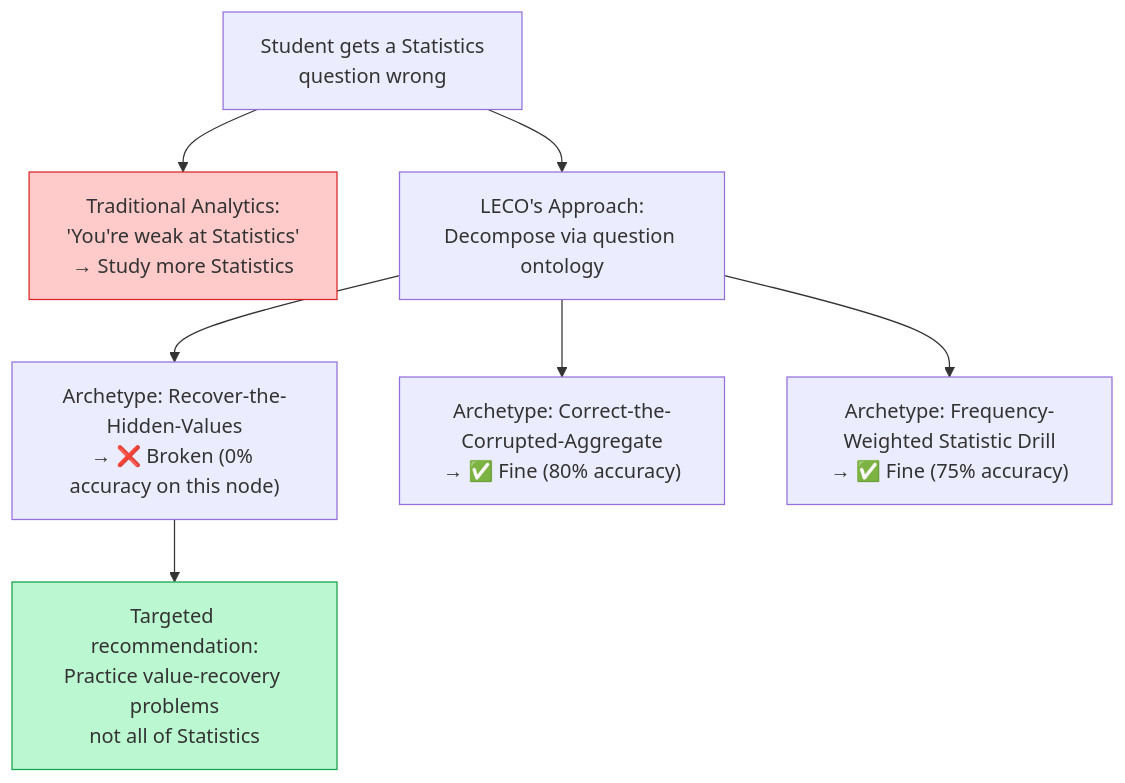
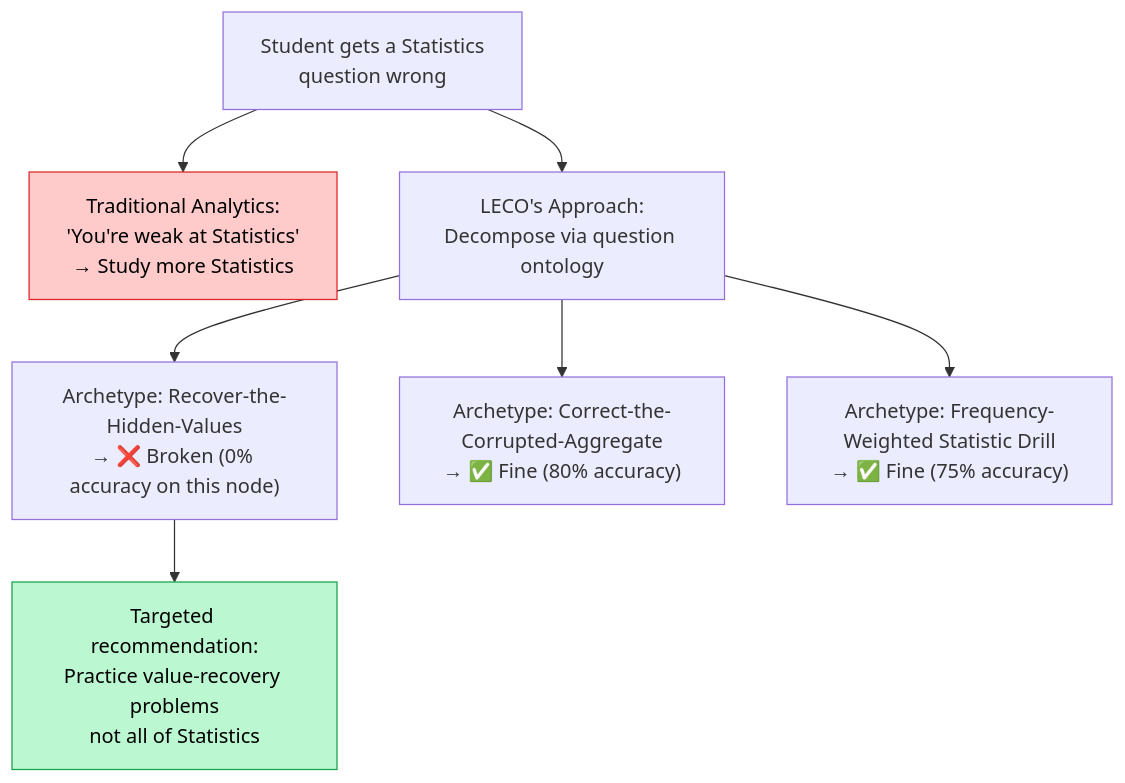
The second of 7 diagrams in CASE_STUDY.md (devangi-08/LECO), drawn with Mermaid before and after one commit. The commit also changed other lines of this file, not shown here.

````diff
--- a/CASE_STUDY.md
+++ b/CASE_STUDY.md
@@ -105,14 +105,14 @@
 ```mermaid
 flowchart TD
     Q["Student gets a Statistics\nquestion wrong"] --> TOPIC["Traditional Analytics:\n'You're weak at Statistics'\n→ Study more Statistics"]
 
     Q --> LECO["LECO's Approach:\nDecompose via question ontology"]
     LECO --> N1["Archetype: Recover-the-Hidden-Values\n→ ❌ Broken (0% accuracy on this node)"]
     LECO --> N2["Archetype: Correct-the-Corrupted-Aggregate\n→ ✅ Fine (80% accuracy)"]
     LECO --> N3["Archetype: Frequency-Weighted Statistic Drill\n→ ✅ Fine (75% accuracy)"]
 
     N1 --> REC["Targeted recommendation:\nPractice value-recovery problems\nnot all of Statistics"]
 
-    style TOPIC fill:#fecaca,stroke:#dc2626
-    style REC fill:#bbf7d0,stroke:#16a34a
+    style TOPIC fill:#fecaca,stroke:#dc2626,color:#000000
+    style REC fill:#bbf7d0,stroke:#16a34a,color:#000000
 ```
````
